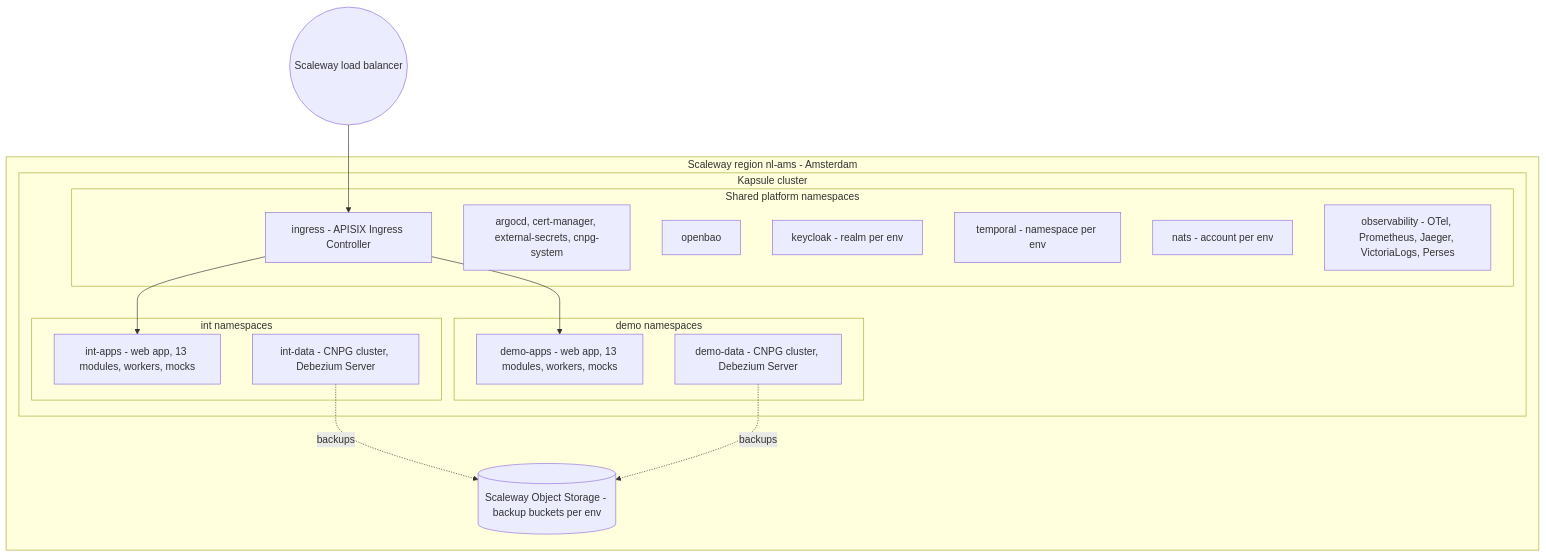
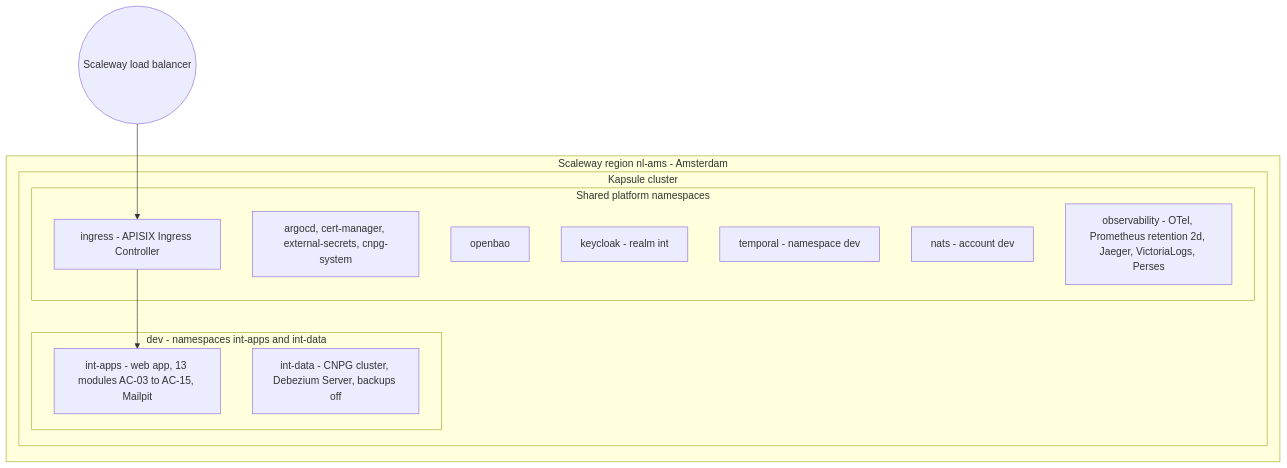
One commit to blooo-io/intelligent-eu-bps-source changed the first of 2 diagrams in docs/architecture/05-physical-architecture.md. Above: the diagram before and after it, drawn with Mermaid. The commit also changed other lines of this file, not shown here.

First line of the commit message:
docs(architecture): INT-374 align the physical topology with deployed dev (#78)

````diff
--- a/docs/architecture/05-physical-architecture.md
+++ b/docs/architecture/05-physical-architecture.md
@@ -44,31 +44,23 @@
 ```mermaid
 %% elk %%
 flowchart TB
   subgraph Region[Scaleway region nl-ams - Amsterdam]
     subgraph Cluster[Kapsule cluster]
       subgraph Shared[Shared platform namespaces]
         ING[ingress - APISIX Ingress Controller]
         OPS[argocd, cert-manager, external-secrets, cnpg-system]
         SEC[openbao]
-        IDP[keycloak - realm per env]
-        WF[temporal - namespace per env]
-        MSG[nats - account per env]
-        OBS[observability - OTel, Prometheus, Jaeger, VictoriaLogs, Perses]
+        IDP[keycloak - realm int]
+        WF[temporal - namespace dev]
+        MSG[nats - account dev]
+        OBS[observability - OTel, Prometheus retention 2d, Jaeger, VictoriaLogs, Perses]
       end
-      subgraph Int[int namespaces]
-        IAPP[int-apps - web app, 13 modules, workers, mocks]
-        IDATA[int-data - CNPG cluster, Debezium Server]
-      end
-      subgraph Demo[demo namespaces]
-        DAPP[demo-apps - web app, 13 modules, workers, mocks]
-        DDATA[demo-data - CNPG cluster, Debezium Server]
+      subgraph Dev[dev - namespaces int-apps and int-data]
+        IAPP[int-apps - web app, 13 modules AC-03 to AC-15, Mailpit]
+        IDATA[int-data - CNPG cluster, Debezium Server, backups off]
       end
     end
-    S3[(Scaleway Object Storage - backup buckets per env)]
   end
   LB((Scaleway load balancer)) --> ING
   ING --> IAPP
-  ING --> DAPP
-  IDATA -. backups .-> S3
-  DDATA -. backups .-> S3
 ```
````
